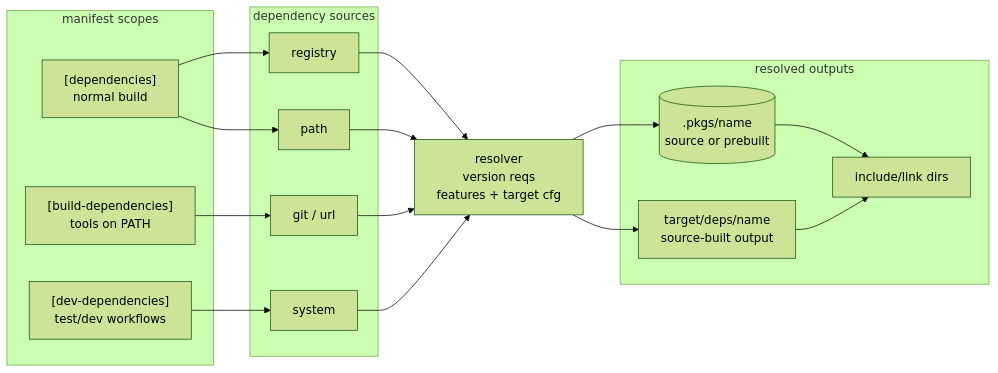
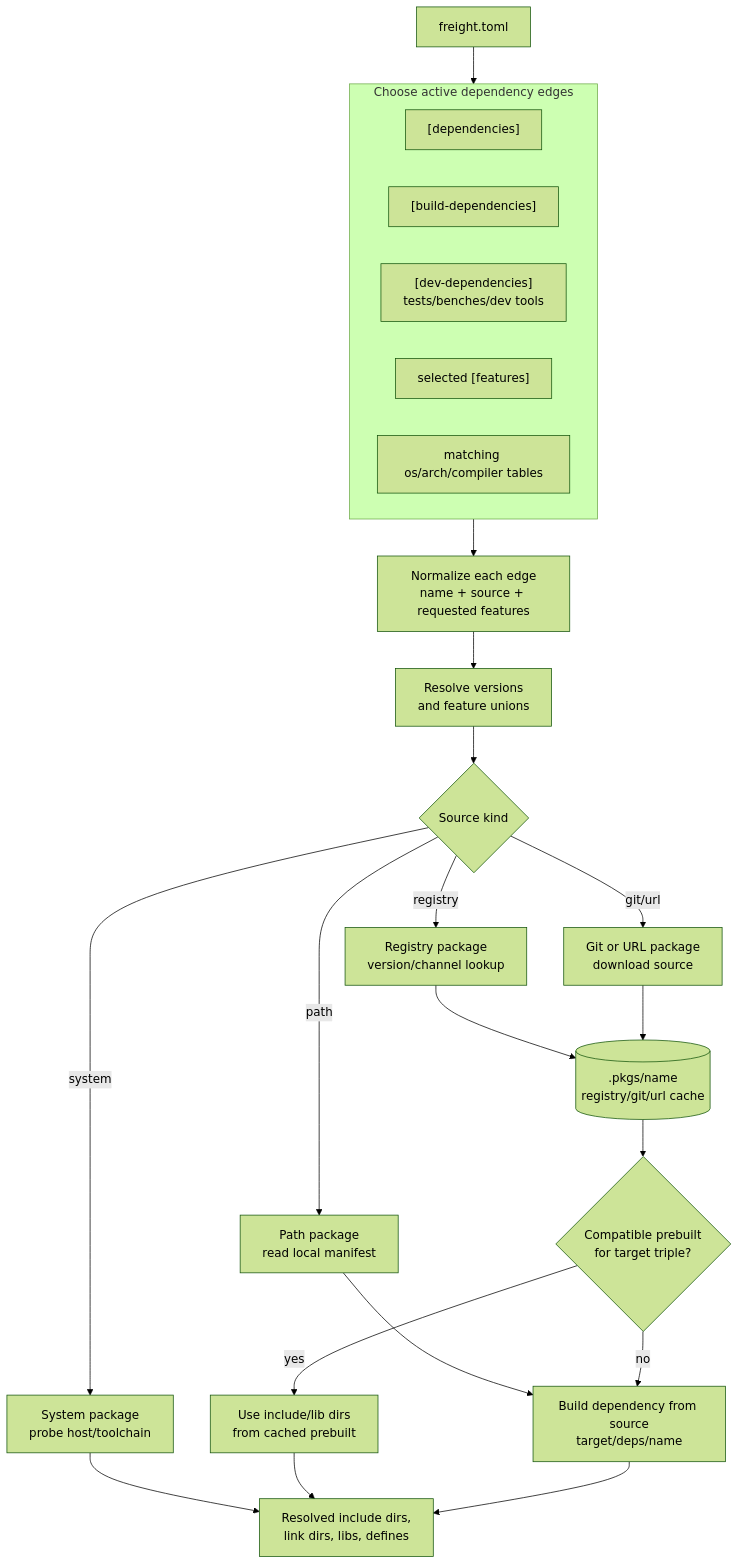
The diagram in diagrams/dependency-resolution.mmd (freight-app/freight-docs), drawn with Mermaid (forest theme) before and after one commit. The commit also changed 7 other files, not shown here.

Commit message:
docs: clarify process diagrams

```diff
--- a/diagrams/dependency-resolution.mmd
+++ b/diagrams/dependency-resolution.mmd
@@ -1,34 +1,35 @@
-flowchart LR
-  subgraph scopes["manifest scopes"]
-    deps["[dependencies]<br/>normal build"]
-    build["[build-dependencies]<br/>tools on PATH"]
-    dev["[dev-dependencies]<br/>test/dev workflows"]
+flowchart TD
+  manifest["freight.toml"]
+
+  subgraph active["Choose active dependency edges"]
+    base["[dependencies]"]
+    build["[build-dependencies]"]
+    dev["[dev-dependencies]<br/>tests/benches/dev tools"]
+    features["selected [features]"]
+    target["matching os/arch/compiler tables"]
   end
 
-  subgraph sources["dependency sources"]
-    registry["registry"]
-    path["path"]
-    giturl["git / url"]
-    system["system"]
-  end
+  normalize["Normalize each edge<br/>name + source + requested features"]
+  resolve["Resolve versions<br/>and feature unions"]
+  source{"Source kind"}
 
-  resolver["resolver<br/>version reqs<br/>features + target cfg"]
+  registry["Registry package<br/>version/channel lookup"]
+  path["Path package<br/>read local manifest"]
+  giturl["Git or URL package<br/>download source"]
+  system["System package<br/>probe host/toolchain"]
 
-  subgraph outputs["resolved outputs"]
-    pkgs[(".pkgs/name<br/>source or prebuilt")]
-    artifacts["target/deps/name<br/>source-built output"]
-    includes["include/link dirs"]
-  end
+  cache[(".pkgs/name<br/>registry/git/url cache")]
+  prebuilt{"Compatible prebuilt<br/>for target triple?"}
+  usePrebuilt["Use include/lib dirs<br/>from cached prebuilt"]
+  buildSource["Build dependency from source<br/>target/deps/name"]
+  final["Resolved include dirs,<br/>link dirs, libs, defines"]
 
-  deps --> registry
-  deps --> path
-  build --> giturl
-  dev --> system
-  registry --> resolver
-  path --> resolver
-  giturl --> resolver
-  system --> resolver
-  resolver --> pkgs
-  resolver --> artifacts
-  pkgs --> includes
-  artifacts --> includes
+  manifest --> active
+  active --> normalize --> resolve --> source
+  source -- "registry" --> registry --> cache
+  source -- "path" --> path --> buildSource
+  source -- "git/url" --> giturl --> cache
+  source -- "system" --> system --> final
+  cache --> prebuilt
+  prebuilt -- "yes" --> usePrebuilt --> final
+  prebuilt -- "no" --> buildSource --> final
```
